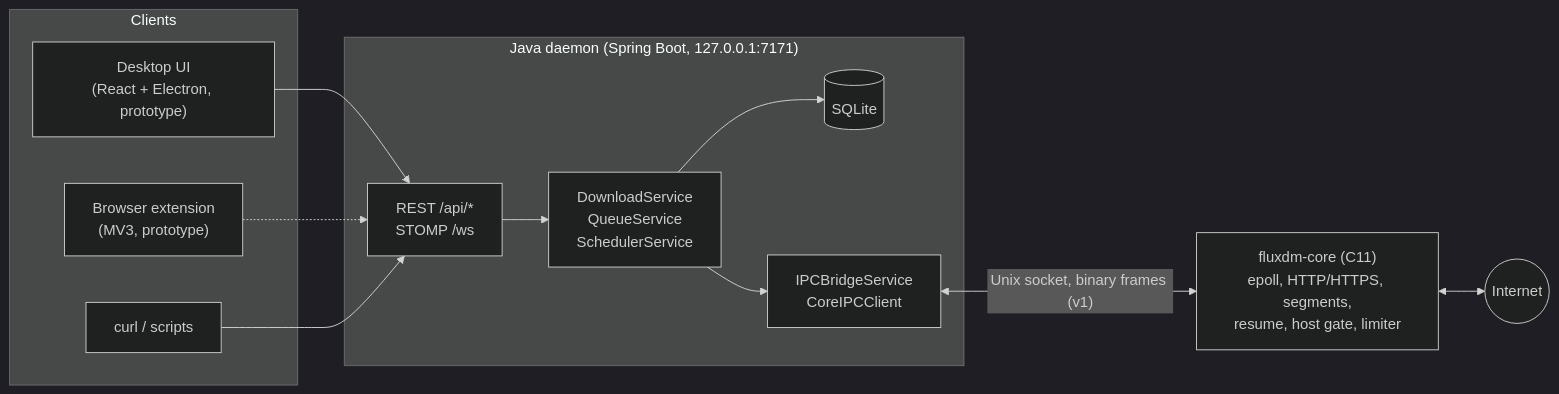
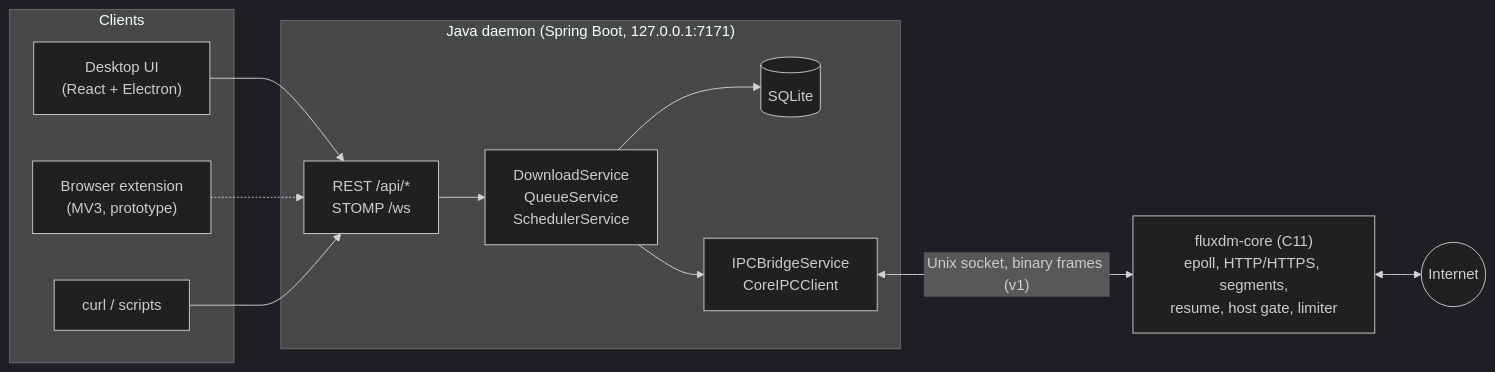
The diagram in README.md (PhillipWanjiru/Fluxdm), drawn with Mermaid (dark theme) before and after one commit. The commit also changed other lines of this file and 7 other files, not shown here.

````diff
--- a/README.md
+++ b/README.md
@@ -56,27 +58,27 @@
 ```mermaid
 flowchart LR
     subgraph clients ["Clients"]
-        UI["Desktop UI<br/>(React + Electron, prototype)"]
+        UI["Desktop UI<br/>(React + Electron)"]
         EXT["Browser extension<br/>(MV3, prototype)"]
         CLI["curl / scripts"]
     end
 
     subgraph daemon ["Java daemon (Spring Boot, 127.0.0.1:7171)"]
         API["REST /api/*<br/>STOMP /ws"]
         SVC["DownloadService<br/>QueueService<br/>SchedulerService"]
         DB[("SQLite")]
         BRIDGE["IPCBridgeService<br/>CoreIPCClient"]
     end
 
     CORE["fluxdm-core (C11)<br/>epoll, HTTP/HTTPS, segments,<br/>resume, host gate, limiter"]
     NET(("Internet"))
 
     UI --> API
     EXT -.-> API
     CLI --> API
     API --> SVC
     SVC --> DB
     SVC --> BRIDGE
     BRIDGE <-->|"Unix socket, binary frames (v1)"| CORE
     CORE <--> NET
 ```
````
